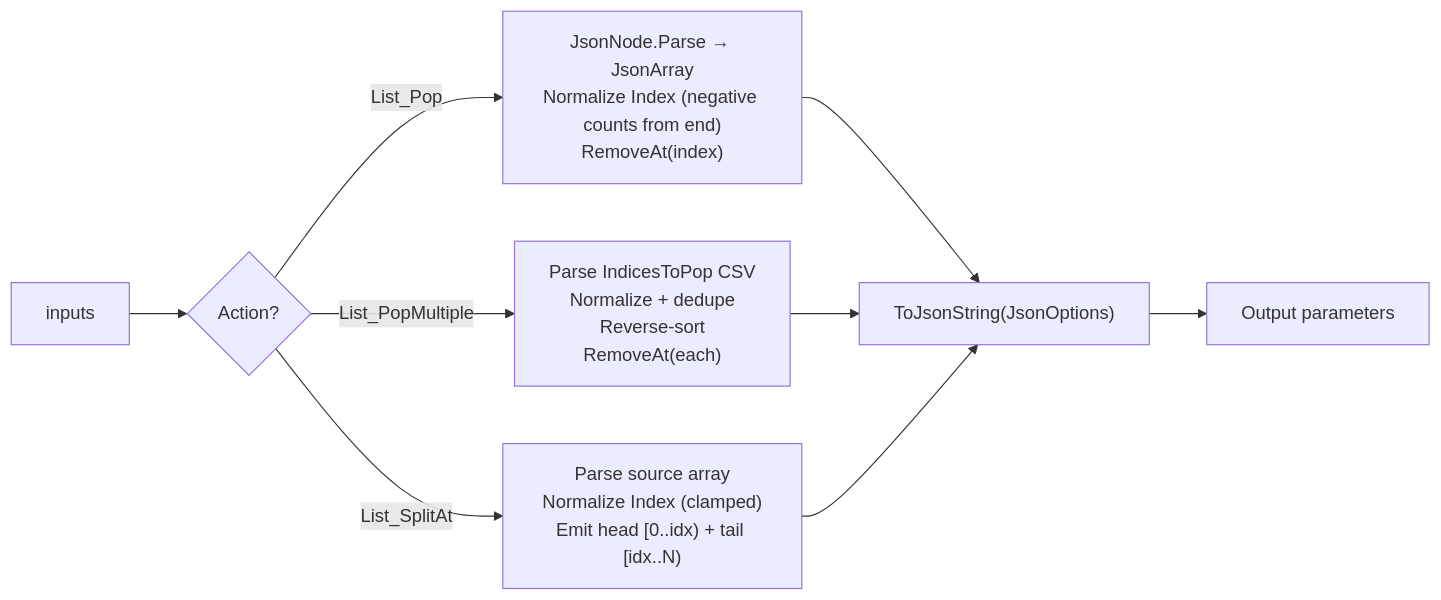
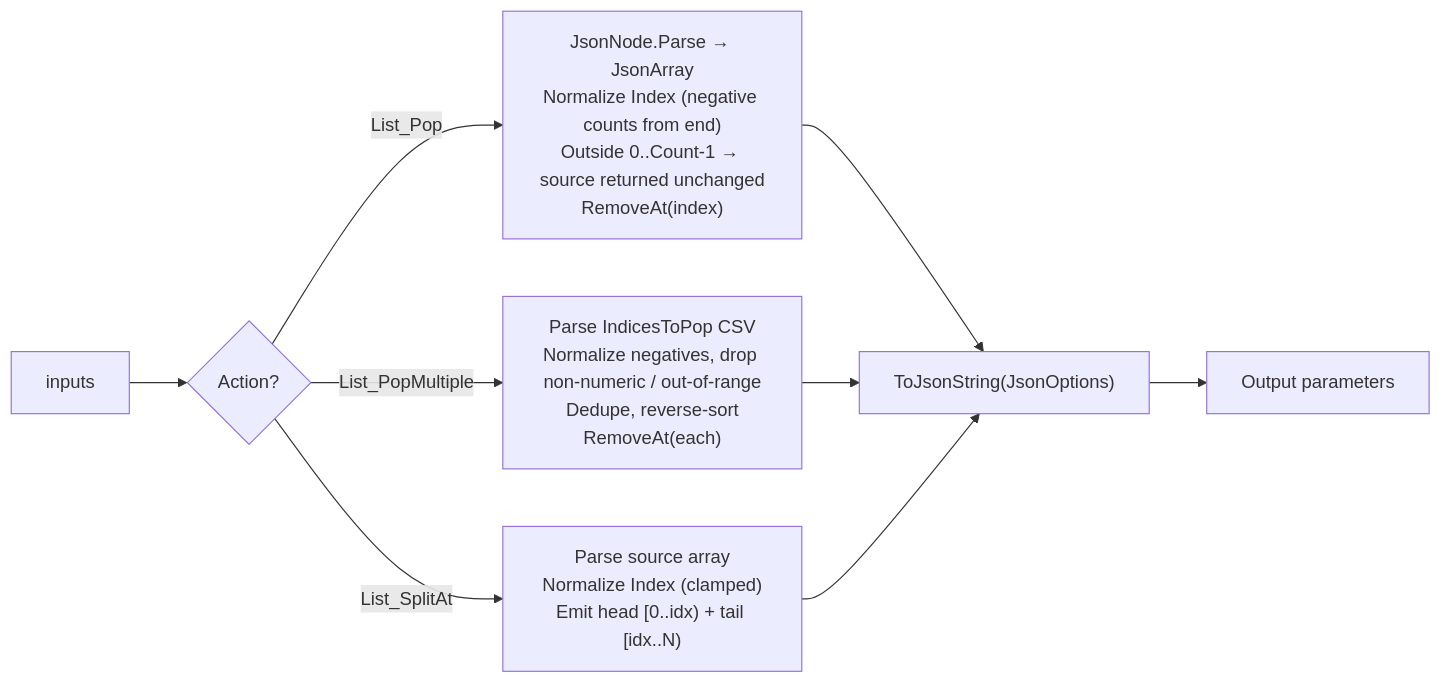
Before and after one commit to alex-cres/OSListUtilsServerSide: the first of 7 diagrams in ARCHITECTURE.md, drawn with Mermaid. The commit also changed other lines of this file and 15 other files, not shown here.

First line of the commit message:
release(v0.7.2): negative Pop indices, two data fixes, 1,388 tests (ODC)

````diff
--- a/ARCHITECTURE.md
+++ b/ARCHITECTURE.md
@@ -78,11 +82,11 @@
 ```mermaid
 flowchart LR
     In[inputs] --> Type{Action?}
-    Type -->|List_Pop| Pop["JsonNode.Parse → JsonArray<br/>Normalize Index (negative counts from end)<br/>RemoveAt(index)"]
-    Type -->|List_PopMultiple| PopMany["Parse IndicesToPop CSV<br/>Normalize + dedupe<br/>Reverse-sort<br/>RemoveAt(each)"]
+    Type -->|List_Pop| Pop["JsonNode.Parse → JsonArray<br/>Normalize Index (negative counts from end)<br/>Outside 0..Count-1 → source returned unchanged<br/>RemoveAt(index)"]
+    Type -->|List_PopMultiple| PopMany["Parse IndicesToPop CSV<br/>Normalize negatives, drop non-numeric / out-of-range<br/>Dedupe, reverse-sort<br/>RemoveAt(each)"]
     Type -->|List_SplitAt| Split["Parse source array<br/>Normalize Index (clamped)<br/>Emit head [0..idx) + tail [idx..N)"]
     Pop --> Serialize["ToJsonString(JsonOptions)"]
     PopMany --> Serialize
     Split --> Serialize
     Serialize --> Out[Output parameters]
 ```
````
